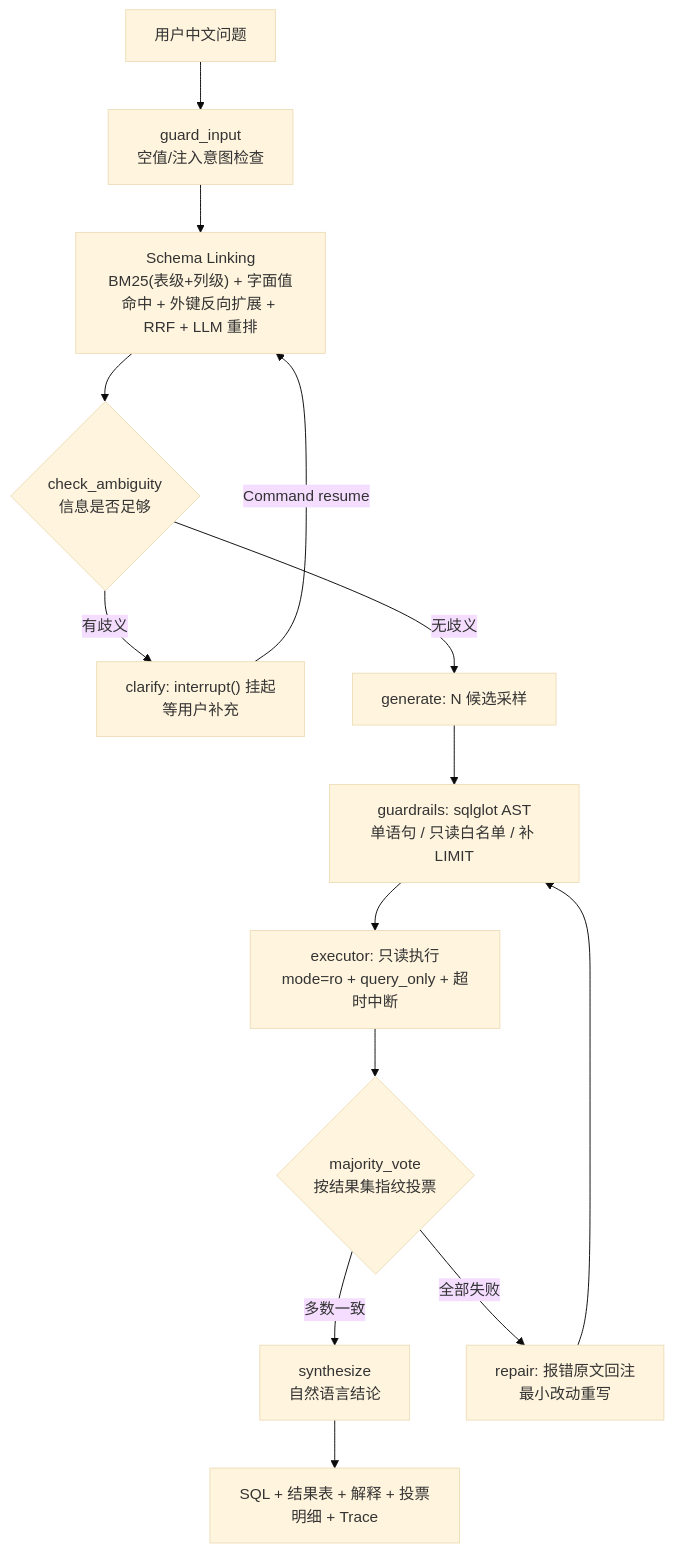
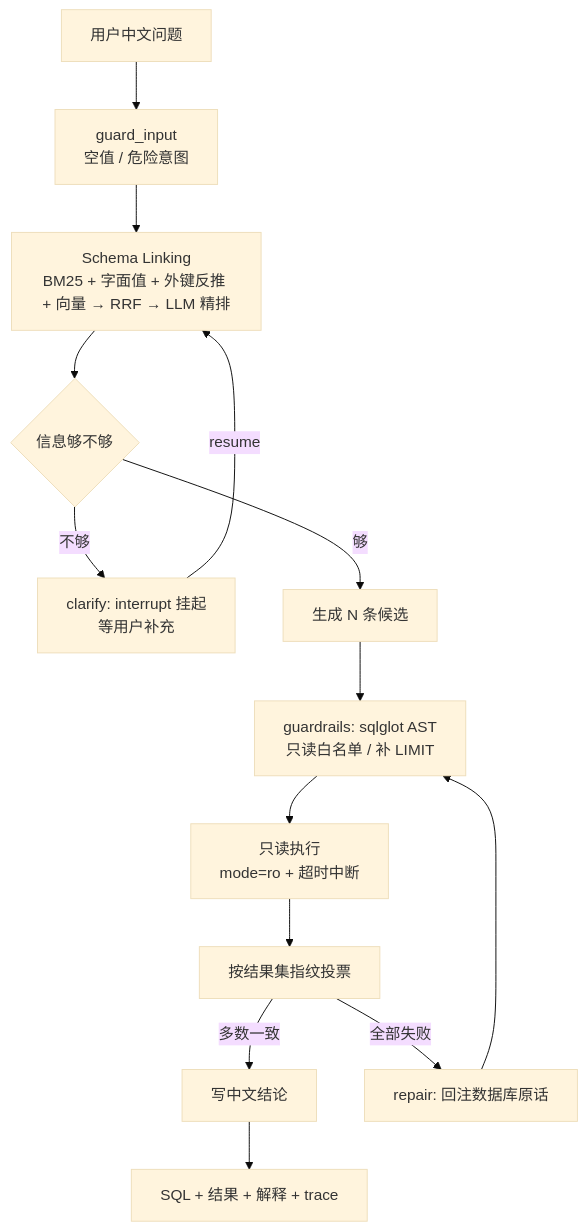
The diagram in README.md (Howard-Qin-art/nl2sql-agent), drawn with Mermaid (base theme) before and after one commit. The commit also changed other lines of this file, not shown here.

````diff
--- a/README.md
+++ b/README.md
@@ -79,16 +66,16 @@
 ```mermaid
 flowchart TD
-    Q[用户中文问题] --> G[guard_input<br/>空值/注入意图检查]
-    G --> L["Schema Linking<br/>BM25(表级+列级) + 字面值命中 + 外键反向扩展 + RRF + LLM 重排"]
-    L --> A{check_ambiguity<br/>信息是否足够}
-    A -->|有歧义| C["clarify: interrupt() 挂起<br/>等用户补充"]
-    C -->|Command resume| L
-    A -->|无歧义| GEN["generate: N 候选采样"]
-    GEN --> GRD["guardrails: sqlglot AST<br/>单语句 / 只读白名单 / 补 LIMIT"]
-    GRD --> EXE["executor: 只读执行<br/>mode=ro + query_only + 超时中断"]
-    EXE --> VOTE{"majority_vote<br/>按结果集指纹投票"}
-    VOTE -->|多数一致| ANS[synthesize<br/>自然语言结论]
-    VOTE -->|全部失败| REP["repair: 报错原文回注<br/>最小改动重写"]
+    Q[用户中文问题] --> G[guard_input<br/>空值 / 危险意图]
+    G --> L["Schema Linking<br/>BM25 + 字面值 + 外键反推 + 向量 → RRF → LLM 精排"]
+    L --> A{信息够不够}
+    A -->|不够| C["clarify: interrupt 挂起<br/>等用户补充"]
+    C -->|resume| L
+    A -->|够| GEN[生成 N 条候选]
+    GEN --> GRD["guardrails: sqlglot AST<br/>只读白名单 / 补 LIMIT"]
+    GRD --> EXE["只读执行<br/>mode=ro + 超时中断"]
+    EXE --> VOTE[按结果集指纹投票]
+    VOTE -->|多数一致| ANS[写中文结论]
+    VOTE -->|全部失败| REP["repair: 回注数据库原话"]
     REP --> GRD
-    ANS --> OUT[SQL + 结果表 + 解释 + 投票明细 + Trace]
+    ANS --> OUT[SQL + 结果 + 解释 + trace]
 ```
````
